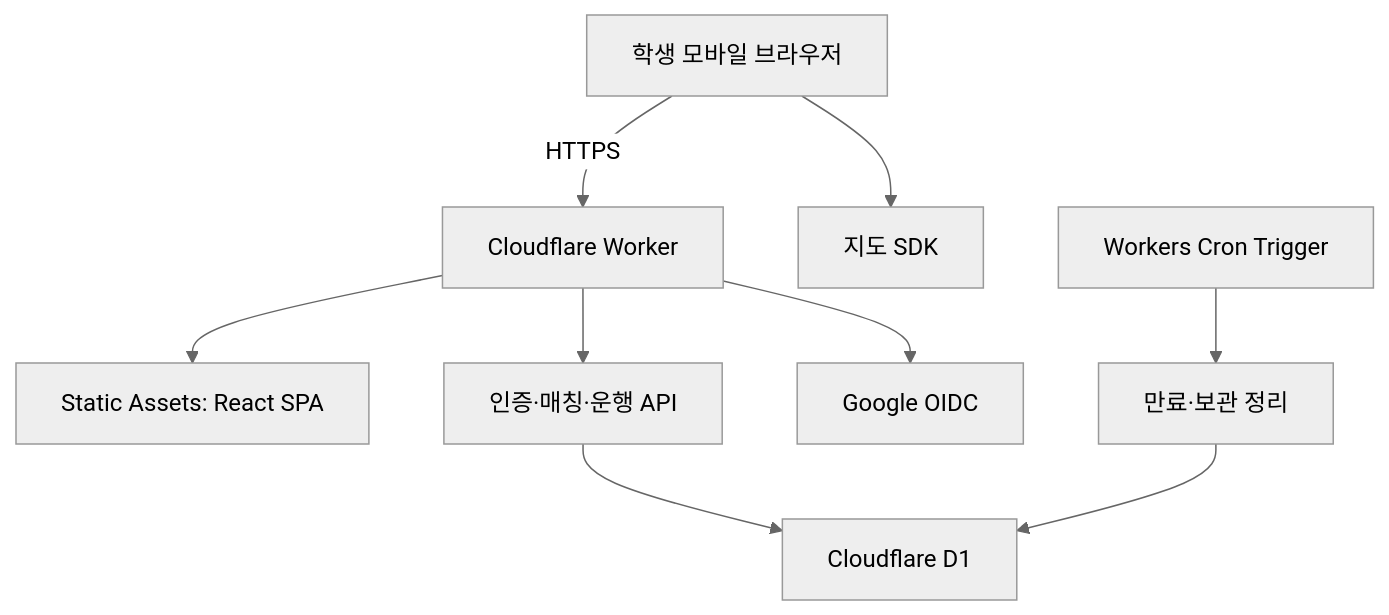
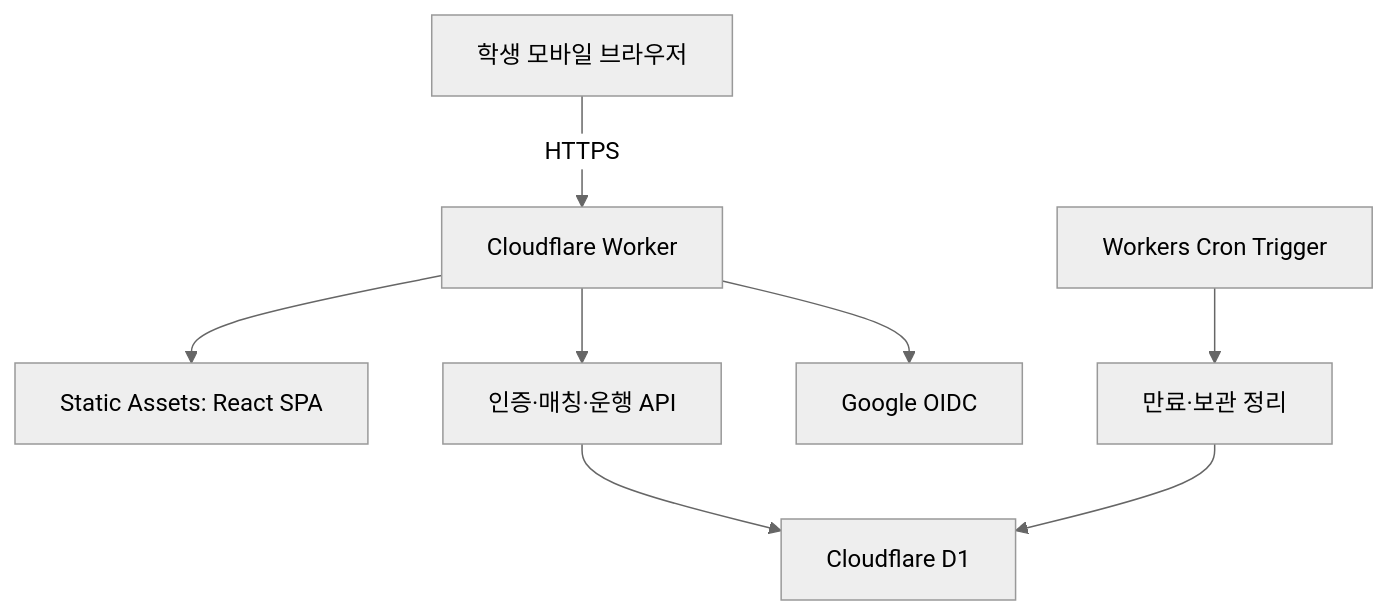
The first of 2 diagrams in Architecture.md (JooJeongwon/campus-ride), drawn with Mermaid (neutral theme) before and after one commit. The commit also changed other lines of this file and 39 other files, not shown here.

````diff
--- a/Architecture.md
+++ b/Architecture.md
@@ -9,11 +9,10 @@
 ```mermaid
 flowchart TD
     B["학생 모바일 브라우저"] -->|"HTTPS"| W["Cloudflare Worker"]
     W --> A["Static Assets: React SPA"]
     W --> R["인증·매칭·운행 API"]
     R --> D["Cloudflare D1"]
     W --> G["Google OIDC"]
-    B --> M["지도 SDK"]
     C["Workers Cron Trigger"] --> J["만료·보관 정리"]
     J --> D
 ```
````
